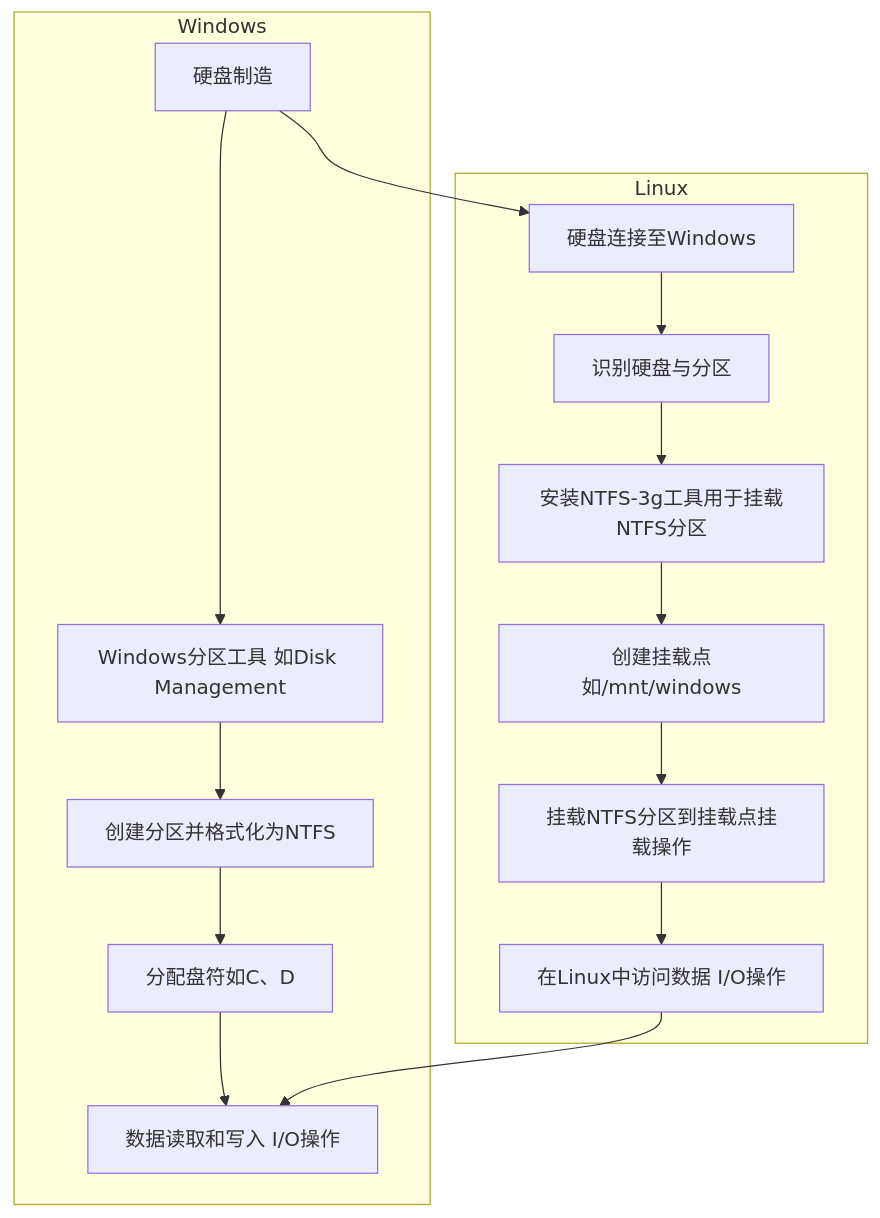
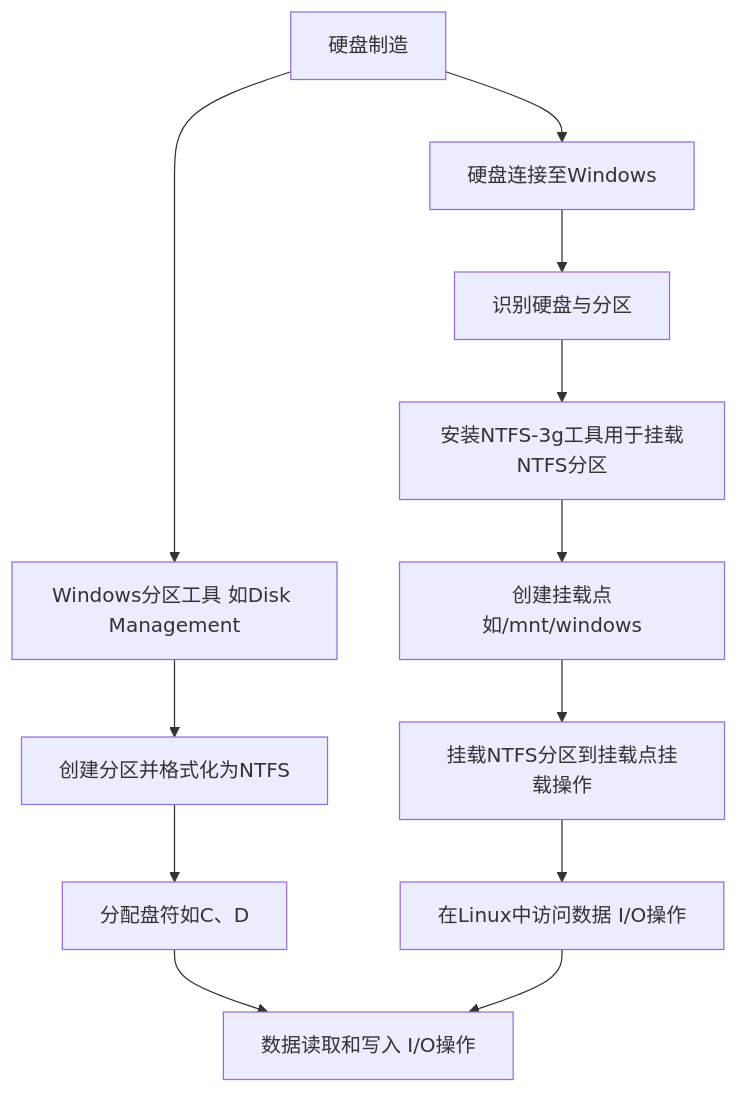
One commit to xiongsircool/xiongbook changed the second of 2 diagrams in _posts/2023-9-28-mount-disk-to-dir-unbuntu.md. Above: the diagram before and after it, drawn with Mermaid.

Commit message:
更新一次

```diff
--- a/_posts/2023-9-28-mount-disk-to-dir-unbuntu.md
+++ b/_posts/2023-9-28-mount-disk-to-dir-unbuntu.md
@@ -208,20 +208,15 @@
 <div class="mermaid">
   graph TD;
-  subgraph Windows
-    A[硬盘制造] --> B[Windows分区工具 如Disk Management];
-    B --> C[创建分区并格式化为NTFS];
-    C --> D[分配盘符如C、D];
-    D --> E[存储数据至NTFS分区 I/O操作];
-  end
-
-  subgraph Linux
-    F[Linux操作系统如Ubuntu];
-    F --> G[识别硬盘与分区];
-    G --> H[安装NTFS-3g工具用于挂载NTFS分区];
-    H --> I[创建挂载点如/mnt/windows];
-    I --> J[挂载NTFS分区到挂载点挂载操作];
-    J --> K[在Linux中访问数据 I/O操作];
-  end
-  A --> F[硬盘连接至Windows];
-  K --> E[数据读取和写入 I/O操作];
+        A[硬盘制造] --> B[Windows分区工具 如Disk Management];
+        B --> C[创建分区并格式化为NTFS];
+        C --> D[分配盘符如C、D];
+        D --> E[存储数据至NTFS分区 I/O操作];
+        F[Linux操作系统如Ubuntu];
+        F --> G[识别硬盘与分区];
+        G --> H[安装NTFS-3g工具用于挂载NTFS分区];
+        H --> I[创建挂载点如/mnt/windows];
+        I --> J[挂载NTFS分区到挂载点挂载操作];
+        J --> K[在Linux中访问数据 I/O操作];
+        A --> F[硬盘连接至Windows];
+        K --> E[数据读取和写入 I/O操作];
 </div>
```
